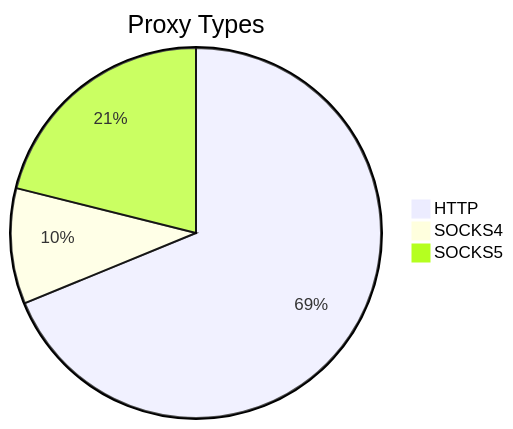
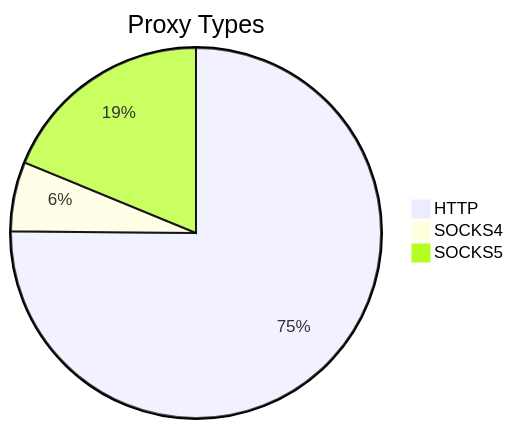
The first of 2 diagrams in README.md (stormsia/proxy-list), drawn with Mermaid before and after one commit. The commit also changed other lines of this file, not shown here.

````diff
--- a/README.md
+++ b/README.md
@@ -21,6 +21,6 @@
 ```mermaid
 pie title Proxy Types
-    "HTTP" : 150
-    "SOCKS4" : 22
-    "SOCKS5" : 46
+    "HTTP" : 124
+    "SOCKS4" : 10
+    "SOCKS5" : 31
 ```
````
